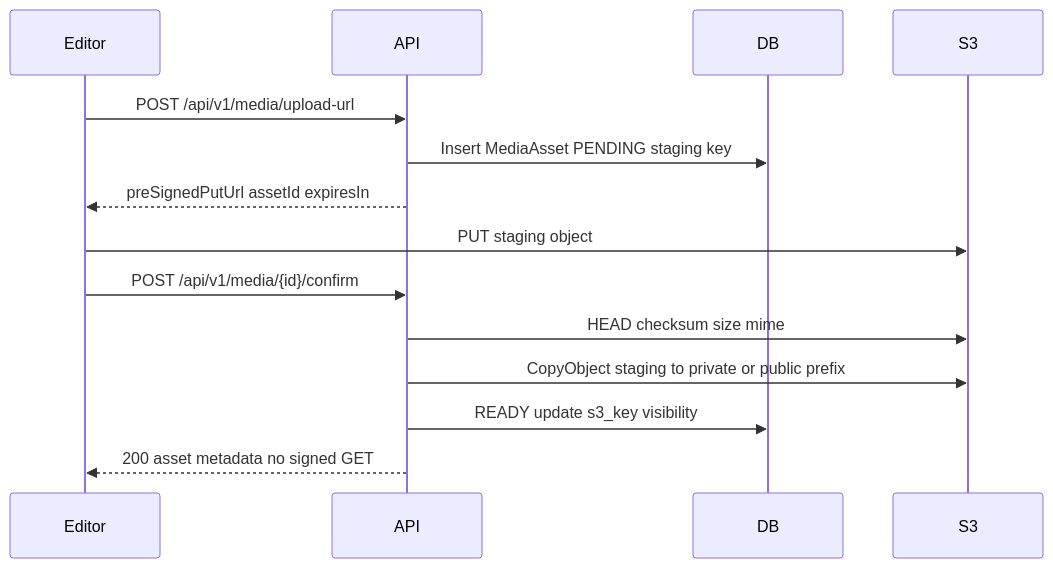
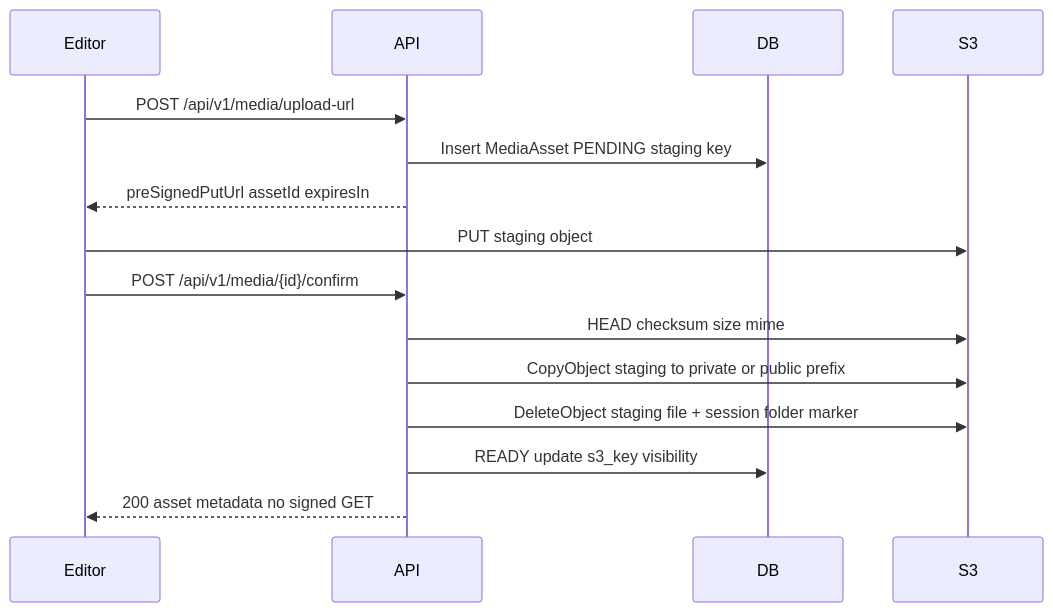
One commit to LucaNerlich/directwerk changed the third of 3 diagrams in docs/asset-storage.md. Above: the diagram before and after it, drawn with Mermaid. The commit also changed other lines of this file and 23 other files, not shown here.

````diff
--- a/docs/asset-storage.md
+++ b/docs/asset-storage.md
@@ -681,17 +681,18 @@
 ```mermaid
 sequenceDiagram
     participant Editor
     participant API
     participant DB
     participant S3
 
     Editor->>API: POST /api/v1/media/upload-url
     API->>DB: Insert MediaAsset PENDING staging key
     API-->>Editor: preSignedPutUrl assetId expiresIn
     Editor->>S3: PUT staging object
     Editor->>API: POST /api/v1/media/{id}/confirm
     API->>S3: HEAD checksum size mime
     API->>S3: CopyObject staging to private or public prefix
+    API->>S3: DeleteObject staging file + session folder marker
     API->>DB: READY update s3_key visibility
     API-->>Editor: 200 asset metadata no signed GET
 ```
````
